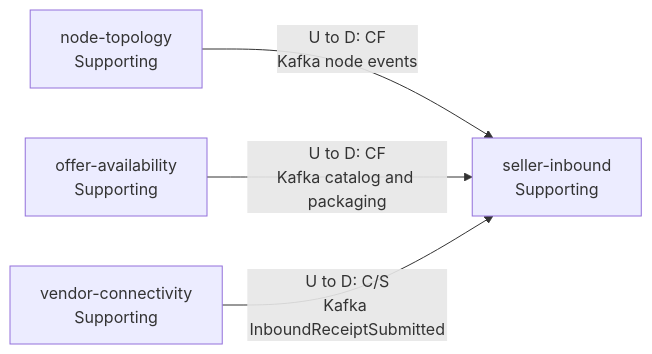
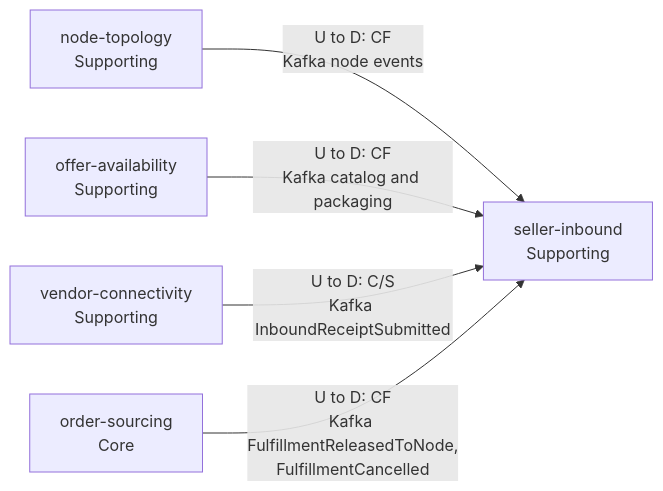
Before and after one commit to IQVO/seller-inbound: the first of 2 diagrams in docs/docs/ddd/context-map.md, drawn with Mermaid. The commit also changed other lines of this file and 23 other files, not shown here.

First line of the commit message:
docs: the order-sourcing consumer runs (ADR 0015)

````diff
--- a/docs/docs/ddd/context-map.md
+++ b/docs/docs/ddd/context-map.md
@@ -17,10 +17,12 @@
 ```mermaid
 flowchart LR
     NT["node-topology<br/>Supporting"]
     OA["offer-availability<br/>Supporting"]
     VC["vendor-connectivity<br/>Supporting"]
+    OS["order-sourcing<br/>Core"]
     SI["seller-inbound<br/>Supporting"]
     NT -->|"U to D: CF<br/>Kafka node events"| SI
     OA -->|"U to D: CF<br/>Kafka catalog and packaging"| SI
     VC -->|"U to D: C/S<br/>Kafka InboundReceiptSubmitted"| SI
+    OS -->|"U to D: CF<br/>Kafka FulfillmentReleasedToNode,<br/>FulfillmentCancelled"| SI
 ```
````
